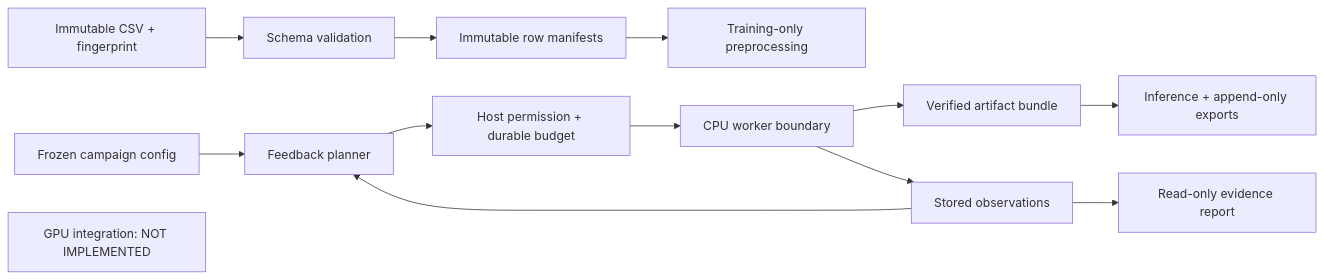
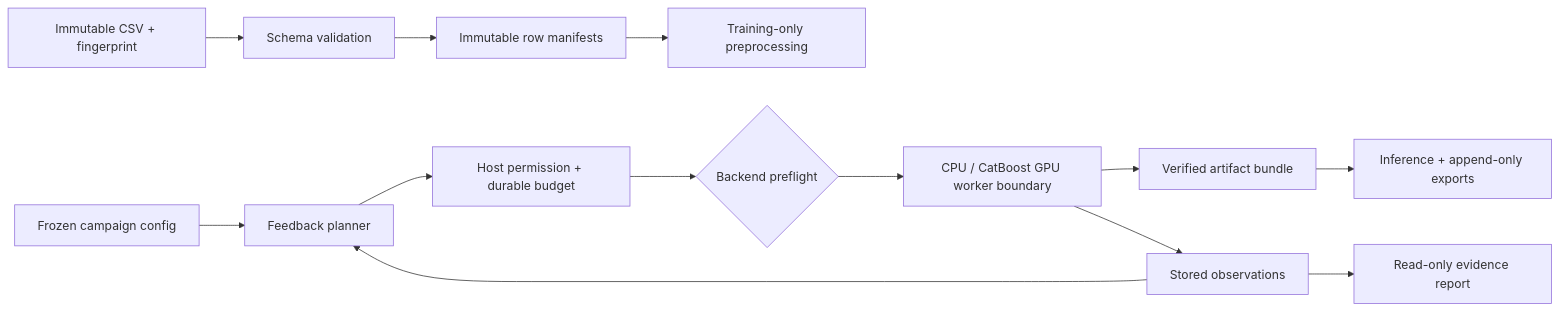
The diagram in docs/architecture.md (vikky781/Autonomis), drawn with Mermaid before and after one commit. The commit also changed other lines of this file and 19 other files, not shown here.

````diff
--- a/docs/architecture.md
+++ b/docs/architecture.md
@@ -5,15 +5,15 @@
 ```mermaid
 flowchart LR
   Raw[Immutable CSV + fingerprint] --> Data[Schema validation]
   Data --> Splits[Immutable row manifests]
   Splits --> Features[Training-only preprocessing]
   Config[Frozen campaign config] --> Planner[Feedback planner]
   History[Stored observations] --> Planner
   Planner --> Gate[Host permission + durable budget]
-  Gate --> Worker[CPU worker boundary]
+  Gate --> Preflight{Backend preflight}
+  Preflight --> Worker[CPU / CatBoost GPU worker boundary]
   Worker --> Bundle[Verified artifact bundle]
   Worker --> History
   Bundle --> Predict[Inference + append-only exports]
   History --> Report[Read-only evidence report]
-  GPU[GPU integration: NOT IMPLEMENTED]
 ```
````
